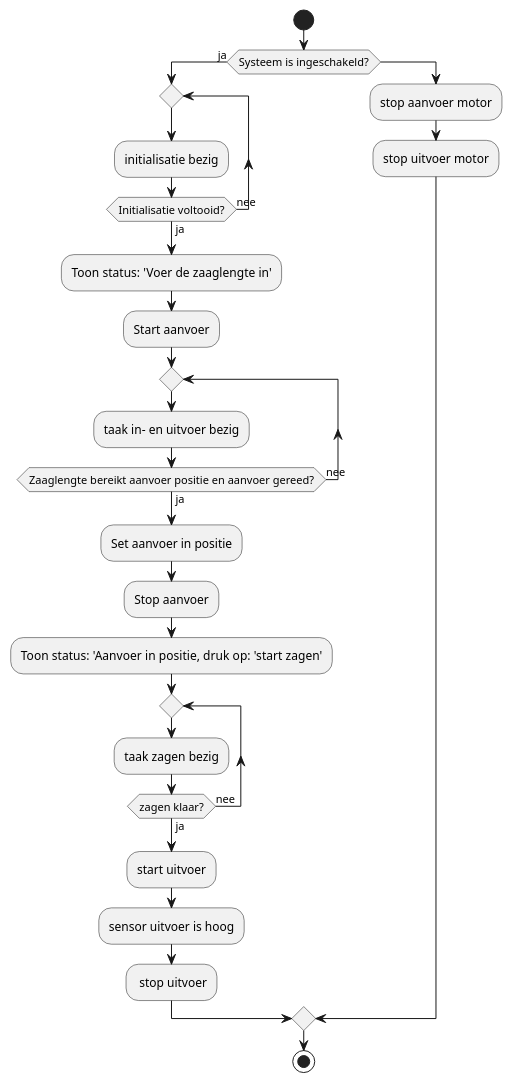
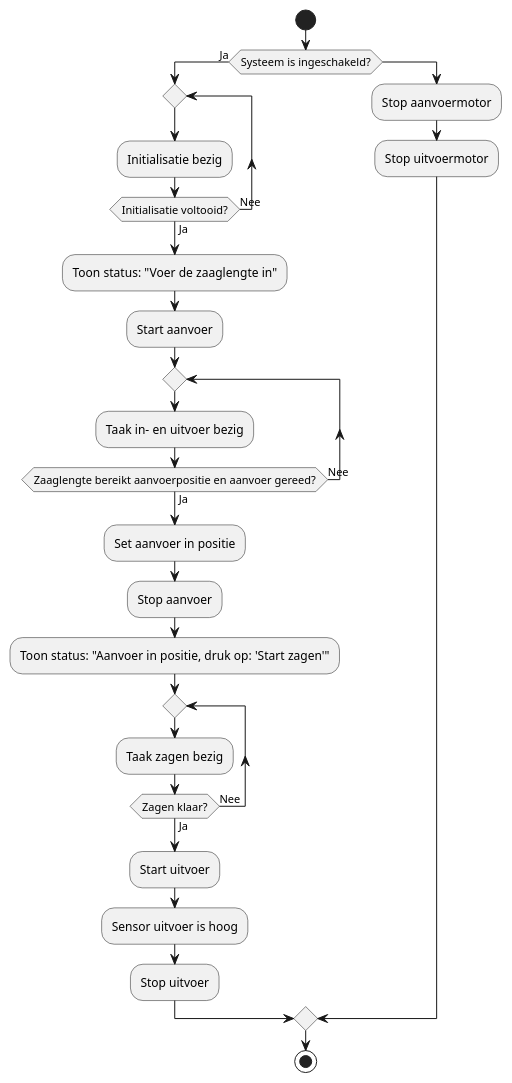
The second of 3 diagrams in src/chapter_1.md (MilanWichink/Individuele-eindopdracht), drawn with PlantUML before and after one commit. The commit also changed other lines of this file, not shown here.

````diff
--- a/src/chapter_1.md
+++ b/src/chapter_1.md
@@ -32,40 +49,35 @@
 ```plantuml
 @startuml In- en uitvoer
 
 start
-if (Systeem is ingeschakeld?) then (ja)
+if (Systeem is ingeschakeld?) then (Ja)
   repeat
-  :initialisatie bezig;
-  repeat while (Initialisatie voltooid?) is (nee) not (ja)
+  :Initialisatie bezig;
+  repeat while (Initialisatie voltooid?) is (Nee) not (Ja)
     
-  :Toon status: 'Voer de zaaglengte in';
+  :Toon status: "Voer de zaaglengte in";
   :Start aanvoer;
 
       repeat
-    :taak in- en uitvoer bezig;
-    repeat while (Zaaglengte bereikt aanvoer positie en aanvoer gereed?) is (nee) not (ja)
+    :Taak in- en uitvoer bezig;
+    repeat while (Zaaglengte bereikt aanvoerpositie en aanvoer gereed?) is (Nee) not (Ja)
       :Set aanvoer in positie;
       :Stop aanvoer;
-      :Toon status: 'Aanvoer in positie, druk op: 'start zagen';
+      :Toon status: "Aanvoer in positie, druk op: 'Start zagen'";
     
-
-
      repeat
-            :taak zagen bezig;
-        repeat while (zagen klaar?) is (nee) not (ja)
-            :start uitvoer;
+            :Taak zagen bezig;
+        repeat while (Zagen klaar?) is (Nee) not (Ja)
+            :Start uitvoer;
     
-
-    :sensor uitvoer is hoog;
-    : stop uitvoer; 
+    :Sensor uitvoer is hoog;
+    :Stop uitvoer; 
   else 
-  :stop aanvoer motor;
-  :stop uitvoer motor;
+  :Stop aanvoermotor;
+  :Stop uitvoermotor;
   
   endif
-
-
 
 stop
 @enduml
 ```
````
